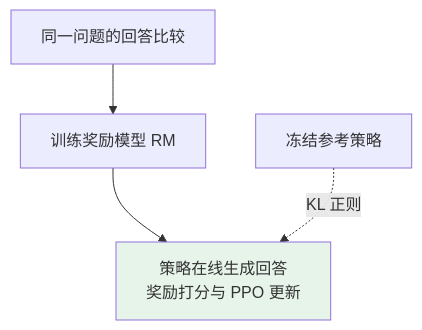
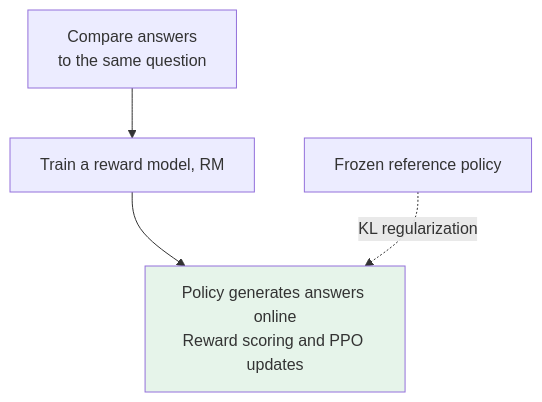
One commit to oneleaveknowsthefall/awesome-ai-roadmap changed the second of 2 diagrams in docs/llm/02-training-alignment/06-llm-training.md. Above: the diagram before and after it, drawn with Mermaid. The commit also changed other lines of this file and 92 other files, not shown here.

````diff
--- a/docs/llm/02-training-alignment/06-llm-training.md
+++ b/docs/llm/02-training-alignment/06-llm-training.md
@@ -142,8 +142,8 @@
 ```mermaid
 flowchart TB
-    S1["同一问题的回答比较"] --> S2["训练奖励模型 RM"]
-    S2 --> S3["策略在线生成回答<br/>奖励打分与 PPO 更新"]
-    REF["冻结参考策略"] -.->|KL 正则| S3
+    S1["Compare answers<br/>to the same question"] --> S2["Train a reward model, RM"]
+    S2 --> S3["Policy generates answers online<br/>Reward scoring and PPO updates"]
+    REF["Frozen reference policy"] -.->|KL regularization| S3
 
     style S3 fill:#e6f4ea
 ```
````
